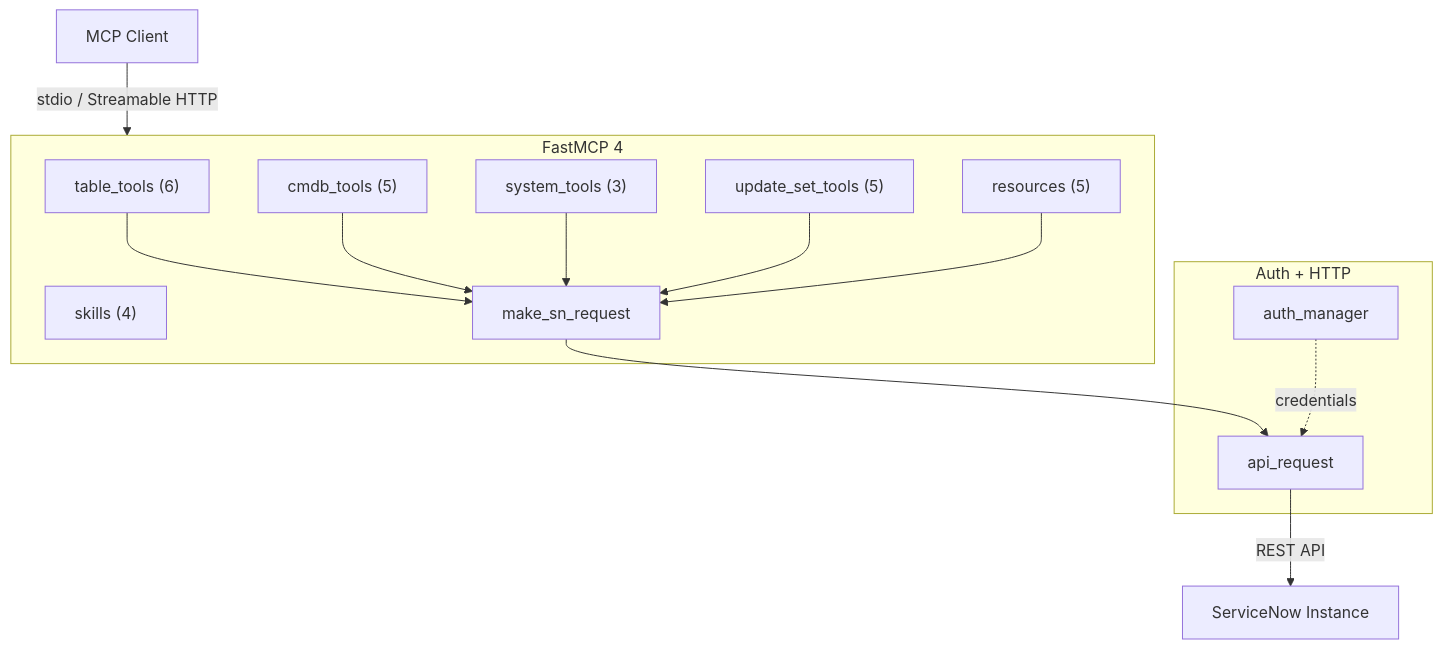
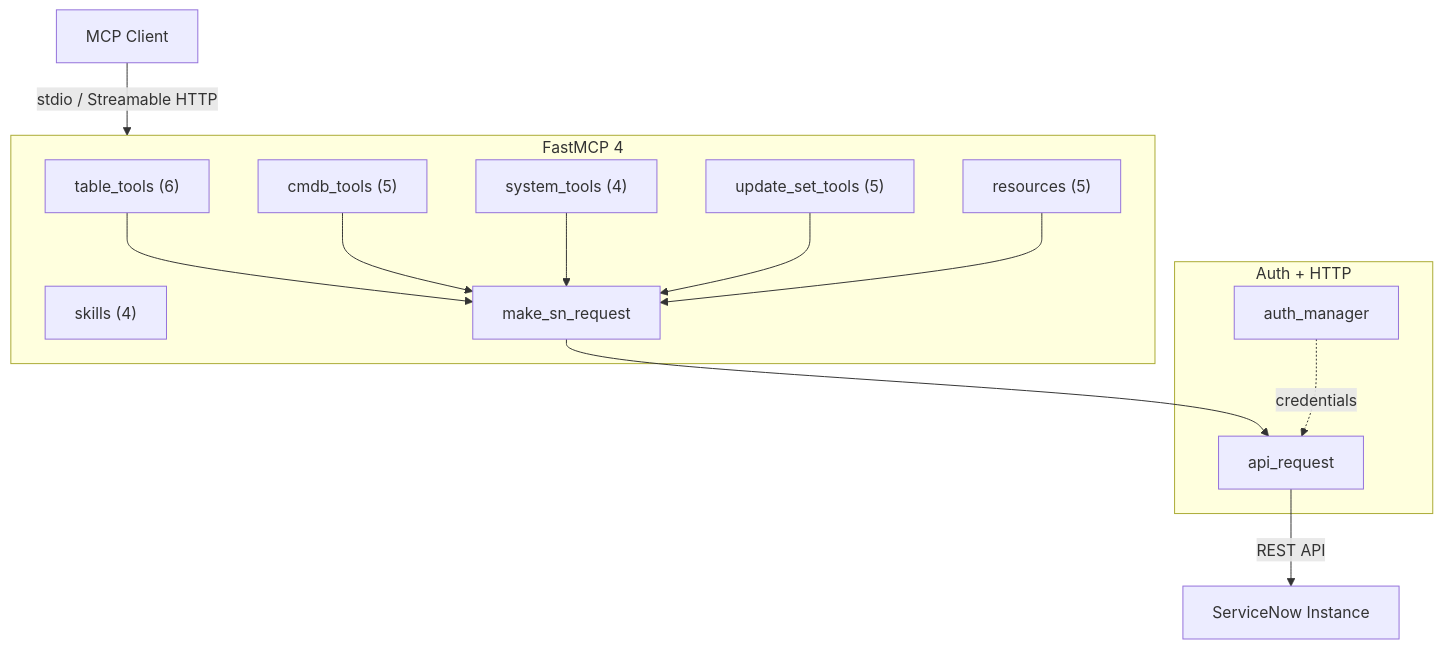
One commit to jschuller/mcp-server-servicenow changed the diagram in docs/architecture.md. Above: the diagram before and after it, drawn with Mermaid. The commit also changed 20 other files, not shown here.

````diff
--- a/docs/architecture.md
+++ b/docs/architecture.md
@@ -3,28 +3,28 @@
 ```mermaid
 graph TD
     CC["MCP Client"]
     subgraph SERVER["FastMCP 4"]
         TT["table_tools (6)"]
         CT["cmdb_tools (5)"]
-        ST["system_tools (3)"]
+        ST["system_tools (4)"]
         UT["update_set_tools (5)"]
         RS["resources (5)"]
         SK["skills (4)"]
         SNR["make_sn_request"]
     end
     subgraph AUTH["Auth + HTTP"]
         AM["auth_manager"]
         AR["api_request"]
     end
     SN["ServiceNow Instance"]
 
     CC -->|"stdio / Streamable HTTP"| SERVER
     TT --> SNR
     CT --> SNR
     ST --> SNR
     UT --> SNR
     RS --> SNR
     SNR --> AR
     AM -.->|"credentials"| AR
     AR -->|"REST API"| SN
 ```
````
